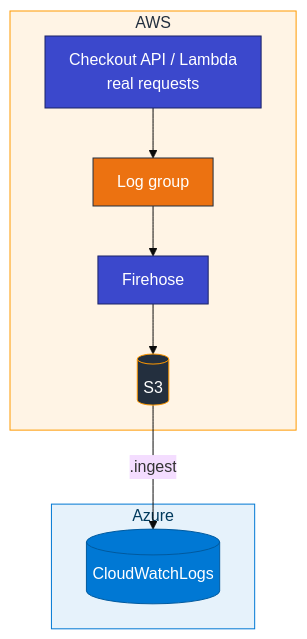
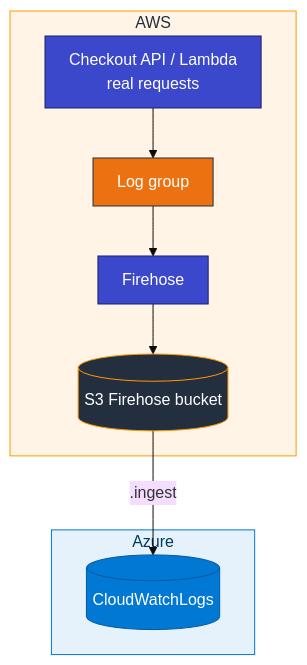
Before and after one commit to atingupta2005/adx-aws-training-aug-26: the first of 2 diagrams in Module_03_AWS_CloudWatch/03_CloudWatch_to_ADX_Concepts.md, drawn with Mermaid. The commit also changed other lines of this file and 5 other files, not shown here.

````diff
--- a/Module_03_AWS_CloudWatch/03_CloudWatch_to_ADX_Concepts.md
+++ b/Module_03_AWS_CloudWatch/03_CloudWatch_to_ADX_Concepts.md
@@ -11,24 +48,24 @@
 ```mermaid
 %%{init: {"theme":"base","flowchart":{"htmlLabels":true,"padding":12}}}%%
 flowchart TB
   subgraph awsBox [AWS]
     SRC["Checkout API / Lambda<br/>real requests"]
     LG["Log group"]
     FH["Firehose"]
-    S3[("S3")]
+    S3[("S3 Firehose bucket")]
   end
   subgraph azureBox [Azure]
     CW[("CloudWatchLogs")]
   end
   SRC --> LG
   LG --> FH
   FH --> S3
   S3 -->|".ingest"| CW
   style awsBox fill:#FFF4E5,stroke:#FF9900,color:#232F3E
   style azureBox fill:#E6F2FB,stroke:#0078D4,color:#003A5D
   style SRC fill:#3B48CC,stroke:#1B2266,color:#fff
   style LG fill:#EC7211,stroke:#232F3E,color:#fff
   style FH fill:#3B48CC,stroke:#1B2266,color:#fff
   style S3 fill:#232F3E,stroke:#FF9900,color:#fff
   style CW fill:#0078D4,stroke:#005A9E,color:#fff
 ```
````
